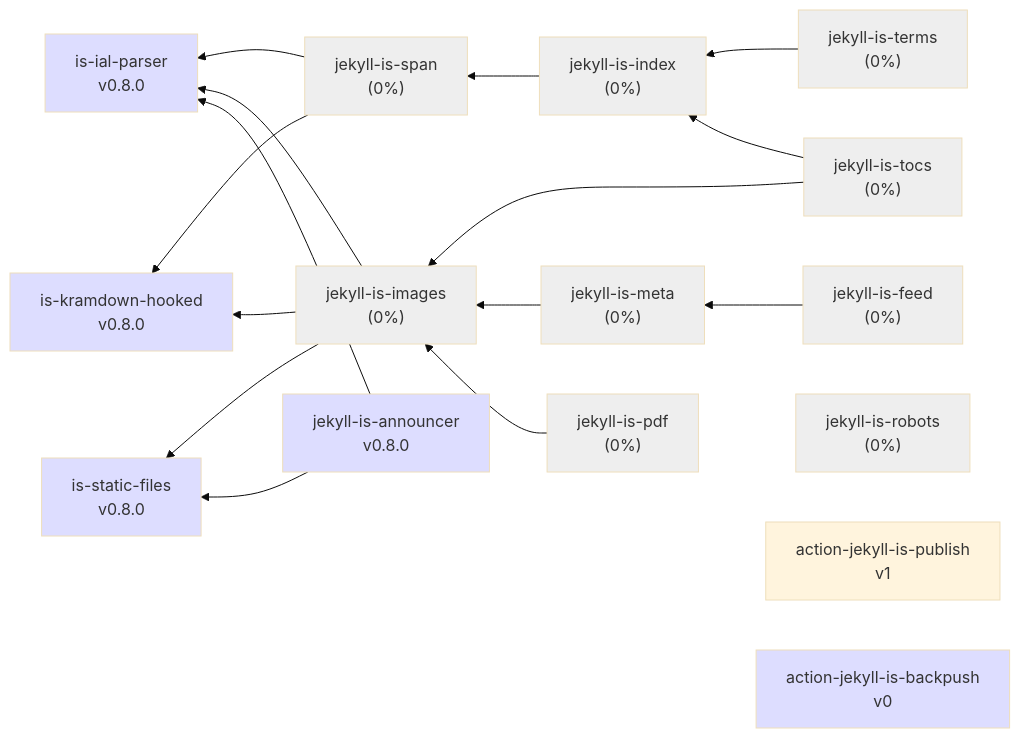
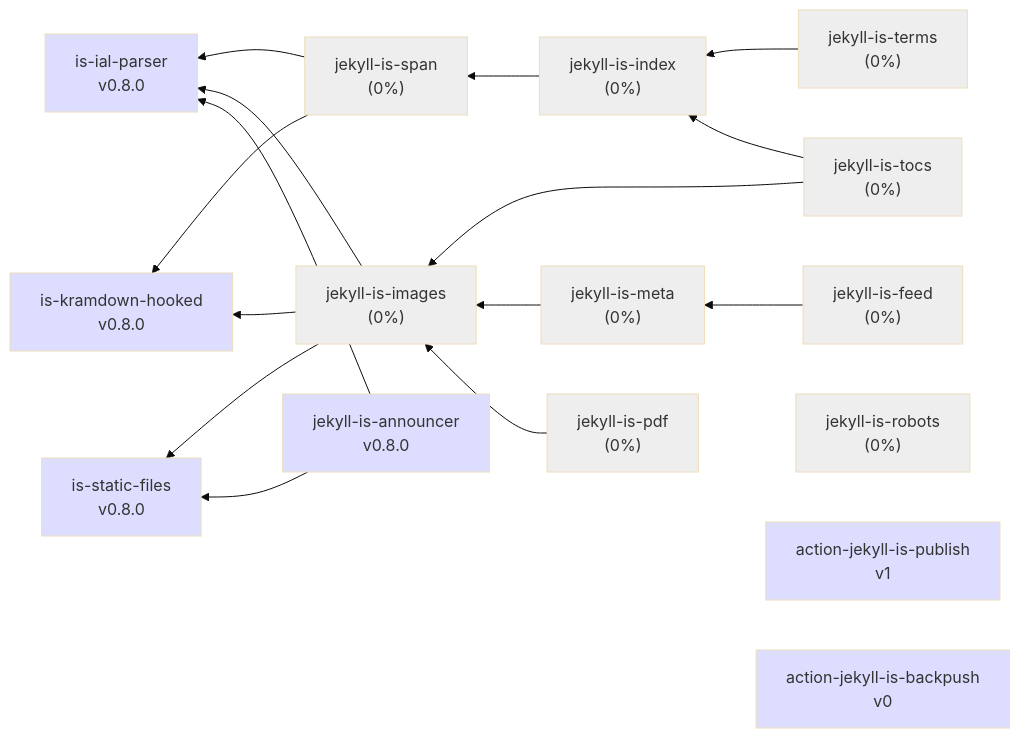
One commit to jekyll-is/.github changed the diagram in profile/README.md. Above: the diagram before and after it, drawn with Mermaid (base theme).

````diff
--- a/profile/README.md
+++ b/profile/README.md
@@ -7,59 +7,59 @@
 ```mermaid
 graph RL
   kramdown["is-kramdown-hooked<br>v0.8.0"]
   ial["is-ial-parser<br>v0.8.0"]
   statics["is-static-files<br>v0.8.0"]
   span["jekyll-is-span<br>(0%)"] --> ial
   span --> kramdown
   index["jekyll-is-index<br>(0%)"] --> span
   abbr["jekyll-is-terms<br>(0%)"] --> index
   images["jekyll-is-images<br>(0%)"] --> ial
   images --> kramdown
   images --> statics
   tocs["jekyll-is-tocs<br>(0%)"] --> images
   tocs --> index
   meta["jekyll-is-meta<br>(0%)"] --> images
   feed["jekyll-is-feed<br>(0%)"] --> meta
   robots["jekyll-is-robots<br>(0%)"]
   announcer["jekyll-is-announcer<br>v0.8.0"] --> statics
   announcer --> ial
   act-publish["action-jekyll-is-publish<br>v1"]
   act-backpush["action-jekyll-is-backpush<br>v0"]
   pdf["jekyll-is-pdf<br>(0%)"] --> images
 
 click ial "https://github.com/jekyll-is/is-ial-parser"
 click kramdown "https://github.com/jekyll-is/is-kramdown-hooked"
 click announcer "https://github.com/jekyll-is/jekyll-is-announcer"
 click act-publish "https://github.com/jekyll-is/action-jekyll-is-publish"
 click act-backpush "https://github.com/jekyll-is/action-jekyll-is-backpush"
 click images "https://github.com/jekyll-is/jekyll-is-images"
 click robots "https://github.com/jekyll-is/jekyll-is-robots"
 click meta "https://github.com/jekyll-is/jekyll-is-meta"
 click pdf "https://github.com/jekyll-is/jekyll-is-pdf"
 click tocs "https://github.com/jekyll-is/jekyll-is-tocs"
 click feed "https://github.com/jekyll-is/jekyll-is-feed"
 click index "https://github.com/jekyll-is/jekyll-is-index"
 click span "https://github.com/jekyll-is/jekyll-is-span"
 click abbr "https://github.com/jekyll-is/jekyll-is-terms"
 click statics "https://github.com/jekyll-is/is-static-files"
 
 classDef green fill:#DFD
 classDef gray fill:#EEE
 classDef blue fill:#DDF
 
 class ial blue
 class kramdown blue
 class images gray
 class announcer blue
-class act-publich blue
+class act-publish blue
 class act-backpush blue
 class pdf gray
 class span gray
 class index gray
 class feed gray
 class meta gray
 class robots gray
 class tocs gray
 class abbr gray
 class statics blue
 ```
````
